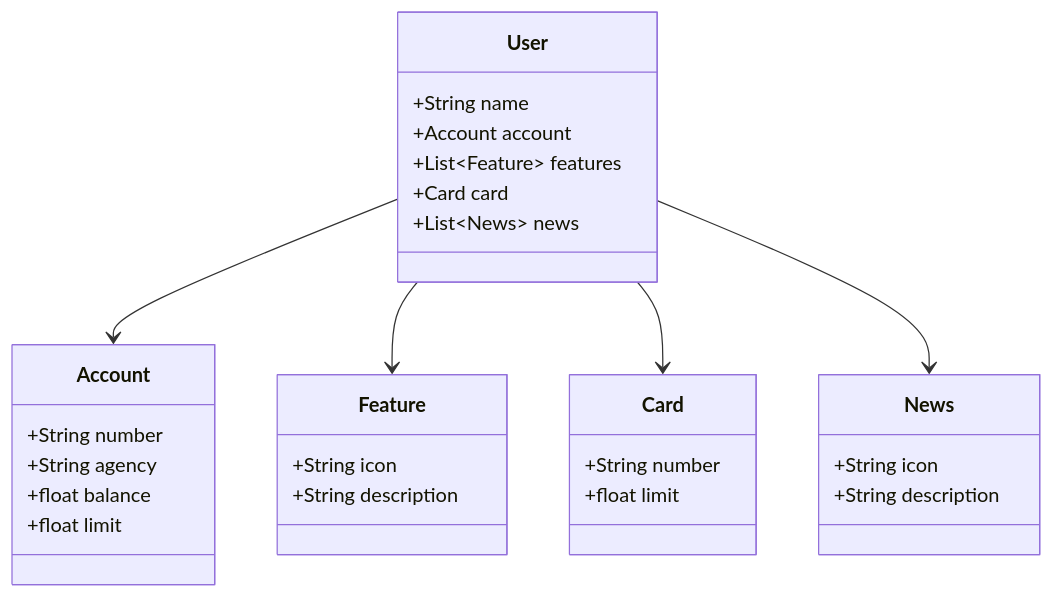
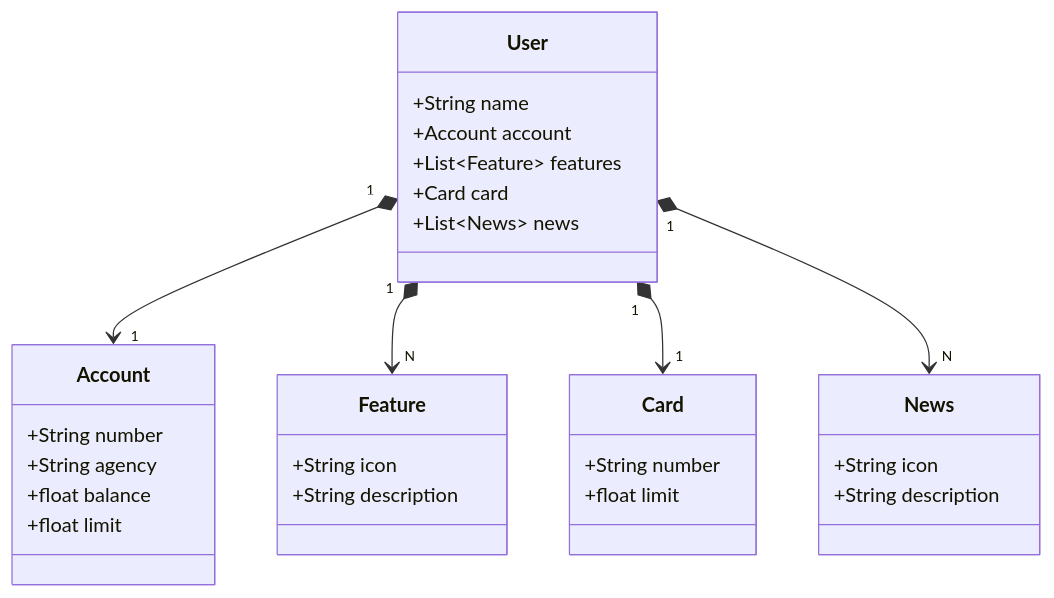
The diagram in README.md (emersonpessoa01/Santander-dev-week-2024), drawn with Mermaid before and after one commit.

Commit message:
added cardinality :rocket:

````diff
--- a/README.md
+++ b/README.md
@@ -4,37 +4,37 @@
 ```mermaid
 classDiagram
     class User {
         +String name
         +Account account
         +List~Feature~ features
         +Card card
         +List~News~ news
     }
 
     class Account {
         +String number
         +String agency
         +float balance
         +float limit
     }
 
     class Feature {
         +String icon
         +String description
     }
 
     class Card {
         +String number
         +float limit
     }
 
     class News {
         +String icon
         +String description
     }
 
-    User --> Account
-    User --> Feature
-    User --> Card
-    User --> News
+    User "1" *--> "1" Account
+    User "1" *--> "N" Feature
+    User "1" *--> "1" Card
+    User "1" *--> "N" News
 ```
````
